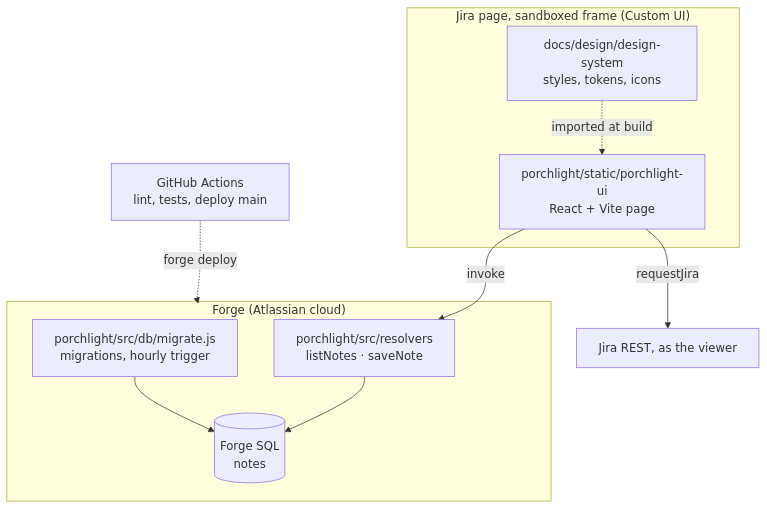
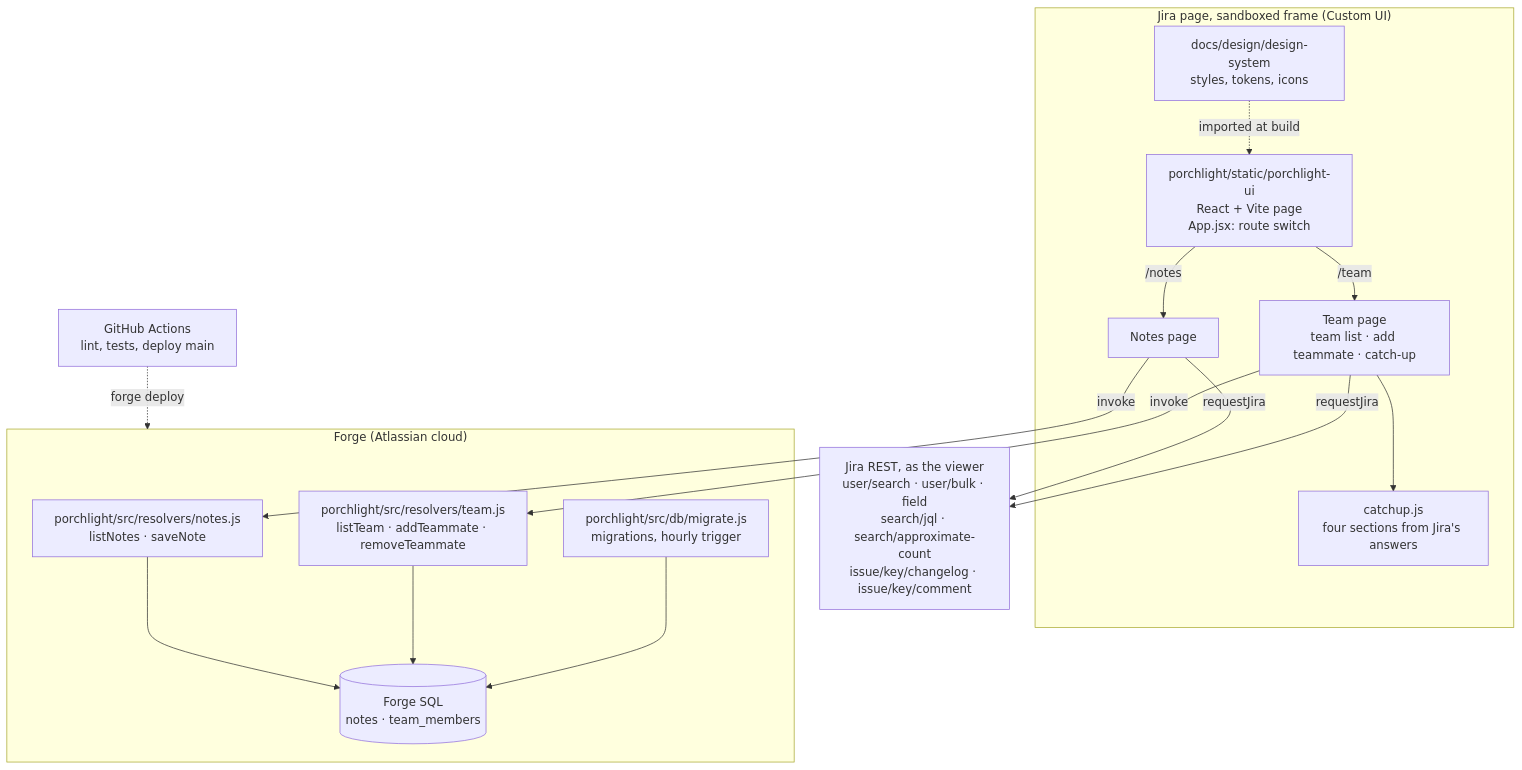
Before and after one commit to dzaffren/porchlight: the second of 2 diagrams in docs/ARCHITECTURE.md, drawn with Mermaid. The commit also changed other lines of this file and 46 other files, not shown here.

First line of the commit message:
feat(porchlight): catch up on a teammate's work from Jira

````diff
--- a/docs/ARCHITECTURE.md
+++ b/docs/ARCHITECTURE.md
@@ -14,19 +14,28 @@
 ```mermaid
 flowchart TB
     subgraph Browser["Jira page, sandboxed frame (Custom UI)"]
-        UI["porchlight/static/porchlight-ui<br/>React + Vite page"]
+        RS["porchlight/static/porchlight-ui<br/>React + Vite page<br/>App.jsx: route switch"]
+        TP["Team page<br/>team list · add teammate · catch-up"]
+        NP["Notes page"]
+        CU["catchup.js<br/>four sections from Jira's answers"]
         DS["docs/design/design-system<br/>styles, tokens, icons"]
-        DS -. "imported at build" .-> UI
+        RS -- "/team" --> TP
+        RS -- "/notes" --> NP
+        TP --> CU
+        DS -. "imported at build" .-> RS
     end
     subgraph Forge["Forge (Atlassian cloud)"]
-        R["porchlight/src/resolvers<br/>listNotes · saveNote"]
+        RN["porchlight/src/resolvers/notes.js<br/>listNotes · saveNote"]
+        RT["porchlight/src/resolvers/team.js<br/>listTeam · addTeammate · removeTeammate"]
         M["porchlight/src/db/migrate.js<br/>migrations, hourly trigger"]
-        SQL[("Forge SQL<br/>notes")]
+        SQL[("Forge SQL<br/>notes · team_members")]
     end
-    J["Jira REST, as the viewer"]
+    J["Jira REST, as the viewer<br/>user/search · user/bulk · field<br/>search/jql · search/approximate-count<br/>issue/key/changelog · issue/key/comment"]
     CI["GitHub Actions<br/>lint, tests, deploy main"]
-    UI -- "invoke" --> R --> SQL
+    NP -- "invoke" --> RN --> SQL
+    TP -- "invoke" --> RT --> SQL
     M --> SQL
-    UI -- "requestJira" --> J
+    NP -- "requestJira" --> J
+    TP -- "requestJira" --> J
     CI -. "forge deploy" .-> Forge
 ```
````
